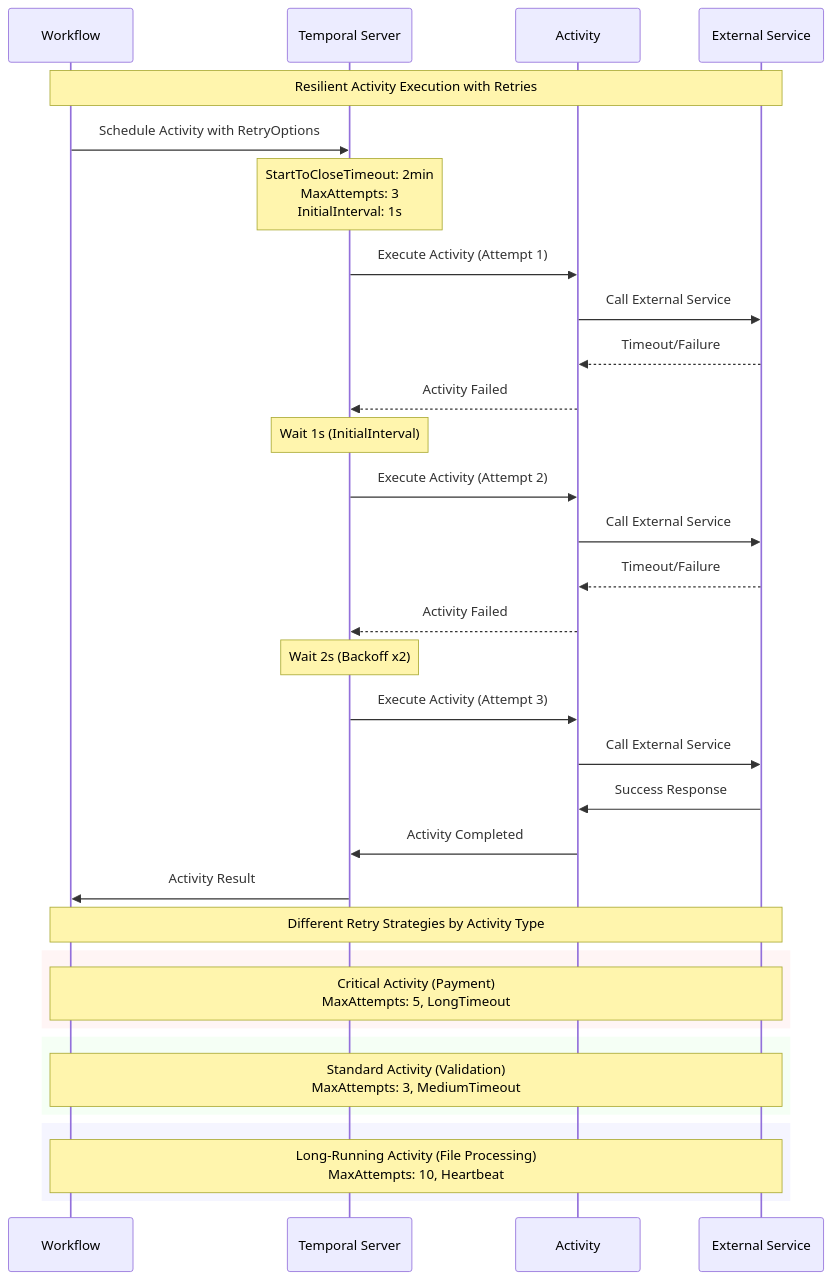
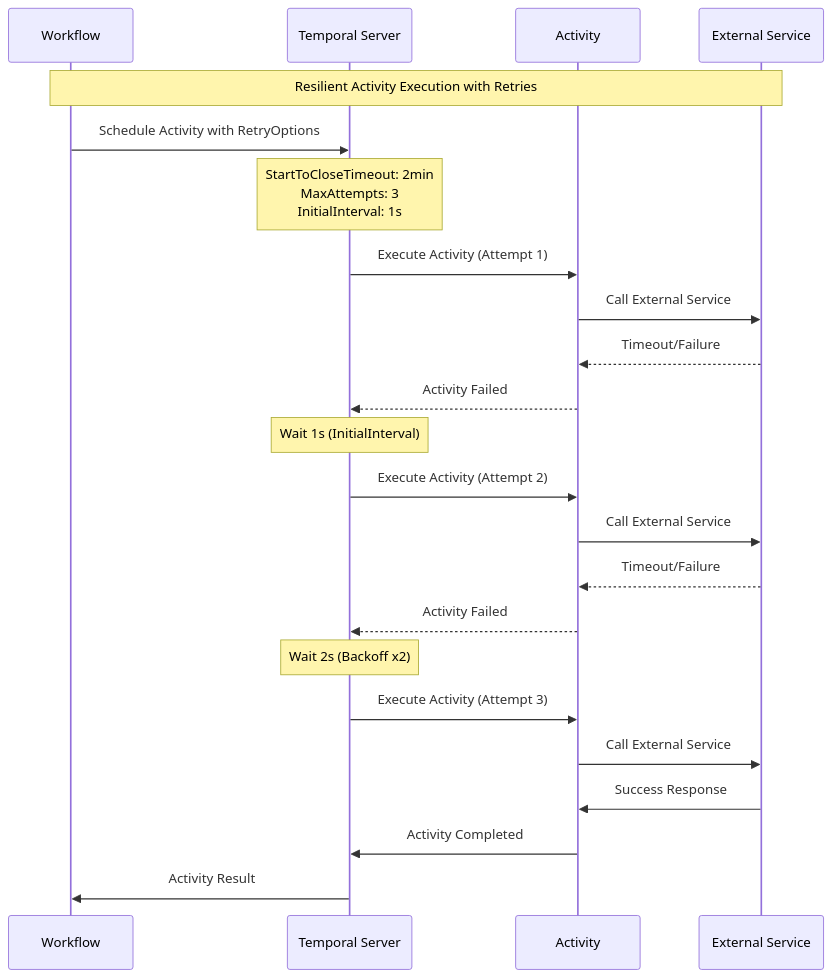
One commit to vorrawut/temporal-starter changed the first of 2 diagrams in class/modules/lesson_8/diagram.md. Above: the diagram before and after it, drawn with Mermaid. The commit also changed other lines of this file and 43 other files, not shown here.

````diff
--- a/class/modules/lesson_8/diagram.md
+++ b/class/modules/lesson_8/diagram.md
@@ -5,46 +19,32 @@
 ```mermaid
 sequenceDiagram
     participant W as Workflow
     participant TS as Temporal Server
     participant A as Activity
     participant ES as External Service
     
     Note over W,ES: Resilient Activity Execution with Retries
     
     W->>TS: Schedule Activity with RetryOptions
     Note over TS: StartToCloseTimeout: 2min<br/>MaxAttempts: 3<br/>InitialInterval: 1s
     
     TS->>A: Execute Activity (Attempt 1)
     A->>ES: Call External Service
     ES-->>A: Timeout/Failure
     A-->>TS: Activity Failed
     
     Note over TS: Wait 1s (InitialInterval)
     
     TS->>A: Execute Activity (Attempt 2)
     A->>ES: Call External Service
     ES-->>A: Timeout/Failure
     A-->>TS: Activity Failed
     
     Note over TS: Wait 2s (Backoff x2)
     
     TS->>A: Execute Activity (Attempt 3)
     A->>ES: Call External Service
     ES->>A: Success Response
     A->>TS: Activity Completed
     TS->>W: Activity Result
-    
-    Note over W,ES: Different Retry Strategies by Activity Type
-    
-    rect rgb(255, 245, 245)
-        Note over W,ES: Critical Activity (Payment)<br/>MaxAttempts: 5, LongTimeout
-    end
-    
-    rect rgb(245, 255, 245)  
-        Note over W,ES: Standard Activity (Validation)<br/>MaxAttempts: 3, MediumTimeout
-    end
-    
-    rect rgb(245, 245, 255)
-        Note over W,ES: Long-Running Activity (File Processing)<br/>MaxAttempts: 10, Heartbeat
-    end
 ```
````
